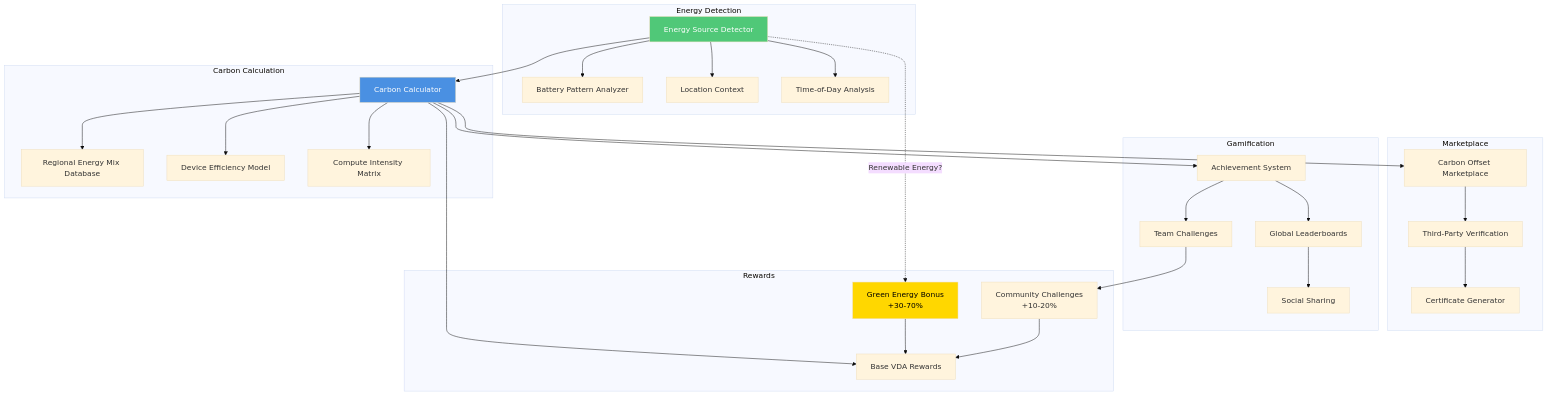
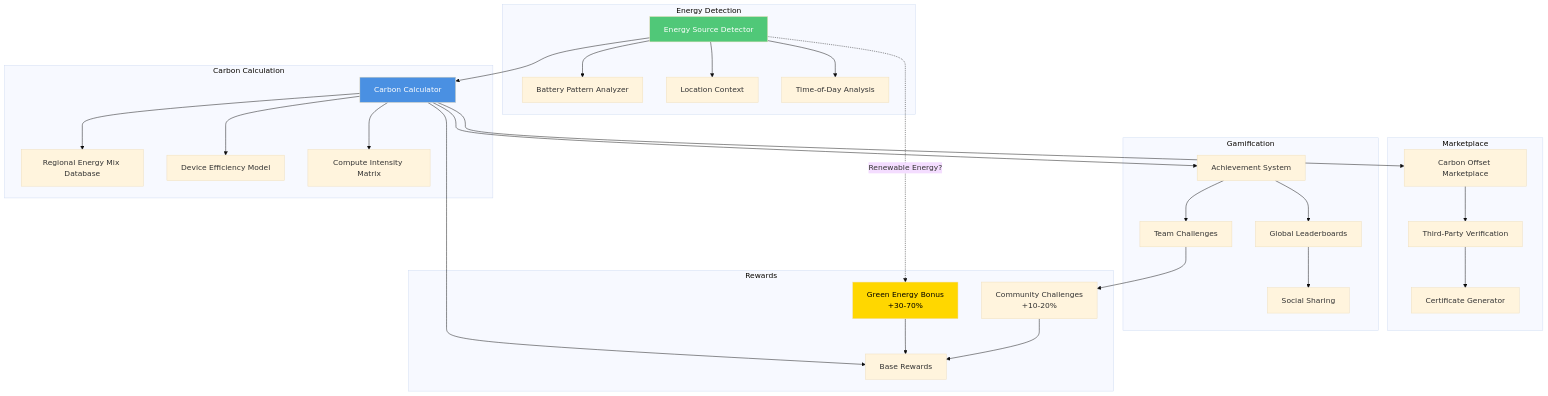
One commit to Kwaai-AI-Lab/KwaaiNet changed diagram 16 of 20 in docs/CHALLENGE_ARCHITECTURES.md. Above: the diagram before and after it, drawn with Mermaid (base theme). The commit also changed other lines of this file and 28 other files, not shown here.

````diff
--- a/docs/CHALLENGE_ARCHITECTURES.md
+++ b/docs/CHALLENGE_ARCHITECTURES.md
@@ -945,64 +832,64 @@
 ```mermaid
 graph TB
     subgraph "Energy Detection"
         Detector[Energy Source Detector]
         BatteryMonitor[Battery Pattern Analyzer]
         LocationContext[Location Context]
         TimeAnalysis[Time-of-Day Analysis]
     end
 
     subgraph "Carbon Calculation"
         Calculator[Carbon Calculator]
         RegionalMix[Regional Energy Mix Database]
         DeviceEfficiency[Device Efficiency Model]
         ComputeIntensity[Compute Intensity Matrix]
     end
 
     subgraph "Marketplace"
         OffsetMarket[Carbon Offset Marketplace]
         Verification[Third-Party Verification]
         CertGen[Certificate Generator]
     end
 
     subgraph "Gamification"
         Achievements[Achievement System]
         Leaderboard[Global Leaderboards]
         SocialShare[Social Sharing]
         Challenges[Team Challenges]
     end
 
     subgraph "Rewards"
-        BaseReward[Base VDA Rewards]
+        BaseReward[Base Rewards]
         GreenBonus[Green Energy Bonus<br/>+30-70%]
         CommunityBonus[Community Challenges<br/>+10-20%]
     end
 
     Detector --> BatteryMonitor
     Detector --> LocationContext
     Detector --> TimeAnalysis
 
     Detector --> Calculator
 
     Calculator --> RegionalMix
     Calculator --> DeviceEfficiency
     Calculator --> ComputeIntensity
 
     Calculator --> OffsetMarket
     OffsetMarket --> Verification
     Verification --> CertGen
 
     Calculator --> Achievements
     Achievements --> Leaderboard
     Leaderboard --> SocialShare
     Achievements --> Challenges
 
     Detector -.Renewable Energy?.-> GreenBonus
     Calculator --> BaseReward
     GreenBonus --> BaseReward
     Challenges --> CommunityBonus
     CommunityBonus --> BaseReward
 
     style Detector fill:#50C878,color:#fff
     style Calculator fill:#4A90E2,color:#fff
     style GreenBonus fill:#FFD700,color:#000
 ```
````
